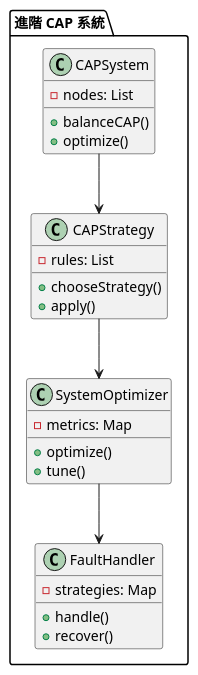
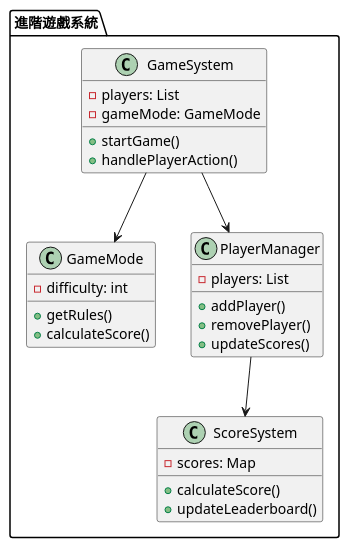
One commit to fine5351/info-sync changed the third of 3 diagrams in doc/learning/architecture/cap_theory_tutorial.md. Above: the diagram before and after it, drawn with PlantUML. The commit also changed other lines of this file and 35 other files, not shown here.

````diff
--- a/doc/learning/architecture/cap_theory_tutorial.md
+++ b/doc/learning/architecture/cap_theory_tutorial.md
@@ -222,33 +167,35 @@
 ```plantuml
 @startuml
-package "進階 CAP 系統" {
-    class CAPSystem {
-        - nodes: List
-        + balanceCAP()
-        + optimize()
+package "進階遊戲系統" {
+    class GameSystem {
+        - players: List
+        - gameMode: GameMode
+        + startGame()
+        + handlePlayerAction()
     }
     
-    class CAPStrategy {
-        - rules: List
-        + chooseStrategy()
-        + apply()
+    class GameMode {
+        - difficulty: int
+        + getRules()
+        + calculateScore()
     }
     
-    class SystemOptimizer {
-        - metrics: Map
-        + optimize()
-        + tune()
+    class PlayerManager {
+        - players: List
+        + addPlayer()
+        + removePlayer()
+        + updateScores()
     }
     
-    class FaultHandler {
-        - strategies: Map
-        + handle()
-        + recover()
+    class ScoreSystem {
+        - scores: Map
+        + calculateScore()
+        + updateLeaderboard()
     }
 }
 
-CAPSystem --> CAPStrategy
-CAPStrategy --> SystemOptimizer
-SystemOptimizer --> FaultHandler
+GameSystem --> GameMode
+GameSystem --> PlayerManager
+PlayerManager --> ScoreSystem
 @enduml
 ```
````
